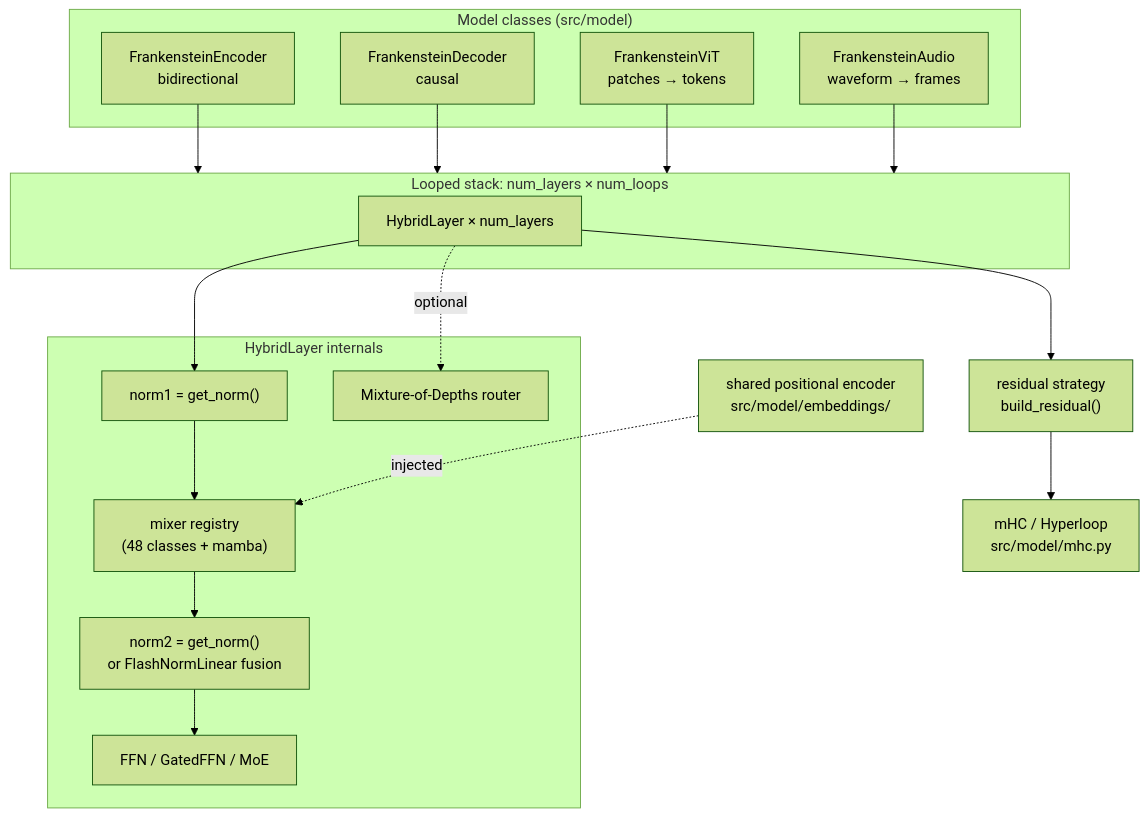
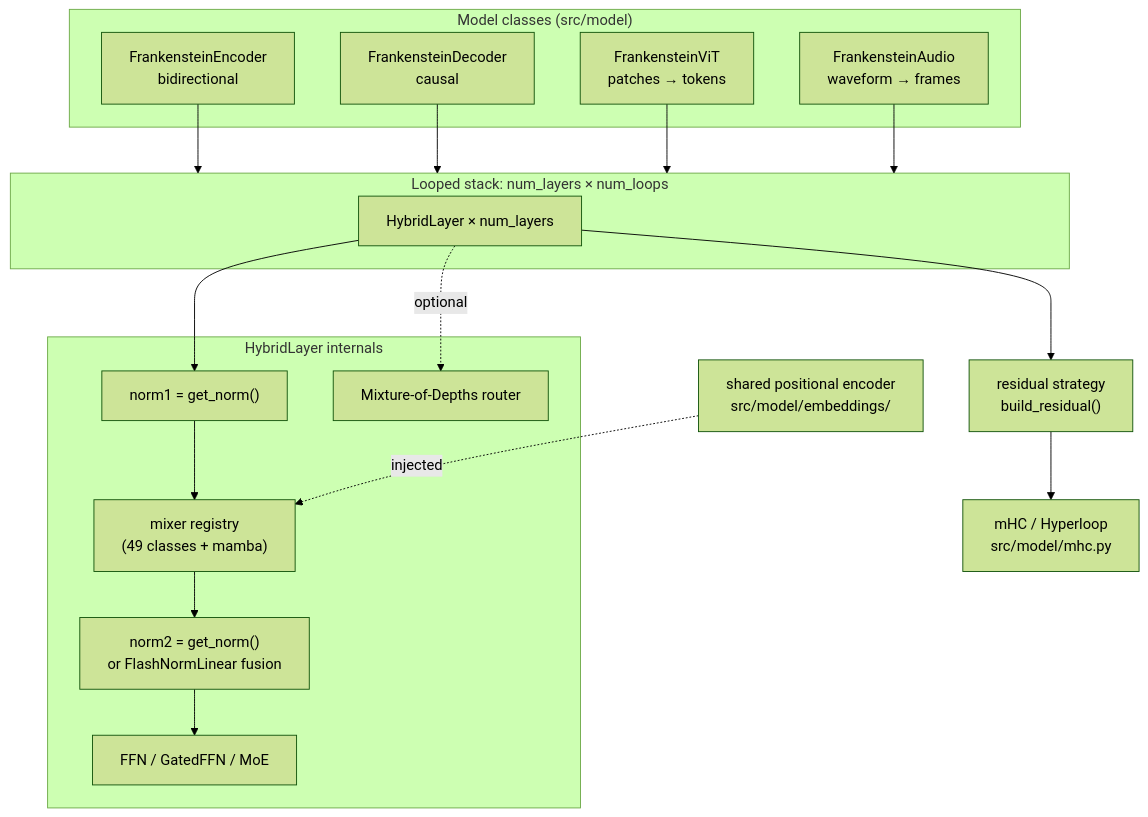
The third of 5 diagrams in frankenstein-transformer/paper/specs/architecture.md (erickfmm/erickfmm.github.io), drawn with Mermaid (forest theme) before and after one commit. The commit also changed other lines of this file and 85 other files, not shown here.

````diff
--- a/frankenstein-transformer/paper/specs/architecture.md
+++ b/frankenstein-transformer/paper/specs/architecture.md
@@ -233,32 +233,32 @@
 ```mermaid
 flowchart TD
     subgraph MODELS["Model classes (src/model)"]
       ENC["FrankensteinEncoder<br/>bidirectional"]
       DEC["FrankensteinDecoder<br/>causal"]
       VIT["FrankensteinViT<br/>patches → tokens"]
       AUD["FrankensteinAudio<br/>waveform → frames"]
     end
 
     ENC --> LOOP
     DEC --> LOOP
     VIT --> LOOP
     AUD --> LOOP
 
     subgraph LOOP["Looped stack: num_layers × num_loops"]
       HL["HybridLayer × num_layers"]
     end
 
     subgraph HYBRID["HybridLayer internals"]
       N1["norm1 = get_norm()"]
-      MX["mixer registry<br/>(48 classes + mamba)"]
+      MX["mixer registry<br/>(49 classes + mamba)"]
       FF["FFN / GatedFFN / MoE"]
       N2["norm2 = get_norm()<br/>or FlashNormLinear fusion"]
       MOD["Mixture-of-Depths router"]
     end
 
     HL --> N1 --> MX --> N2 --> FF
     HL -. optional .-> MOD
     PE["shared positional encoder<br/>src/model/embeddings/"] -. injected .-> MX
     HL --> RES["residual strategy<br/>build_residual()"]
     RES --> MHC["mHC / Hyperloop<br/>src/model/mhc.py"]
 ```
````
